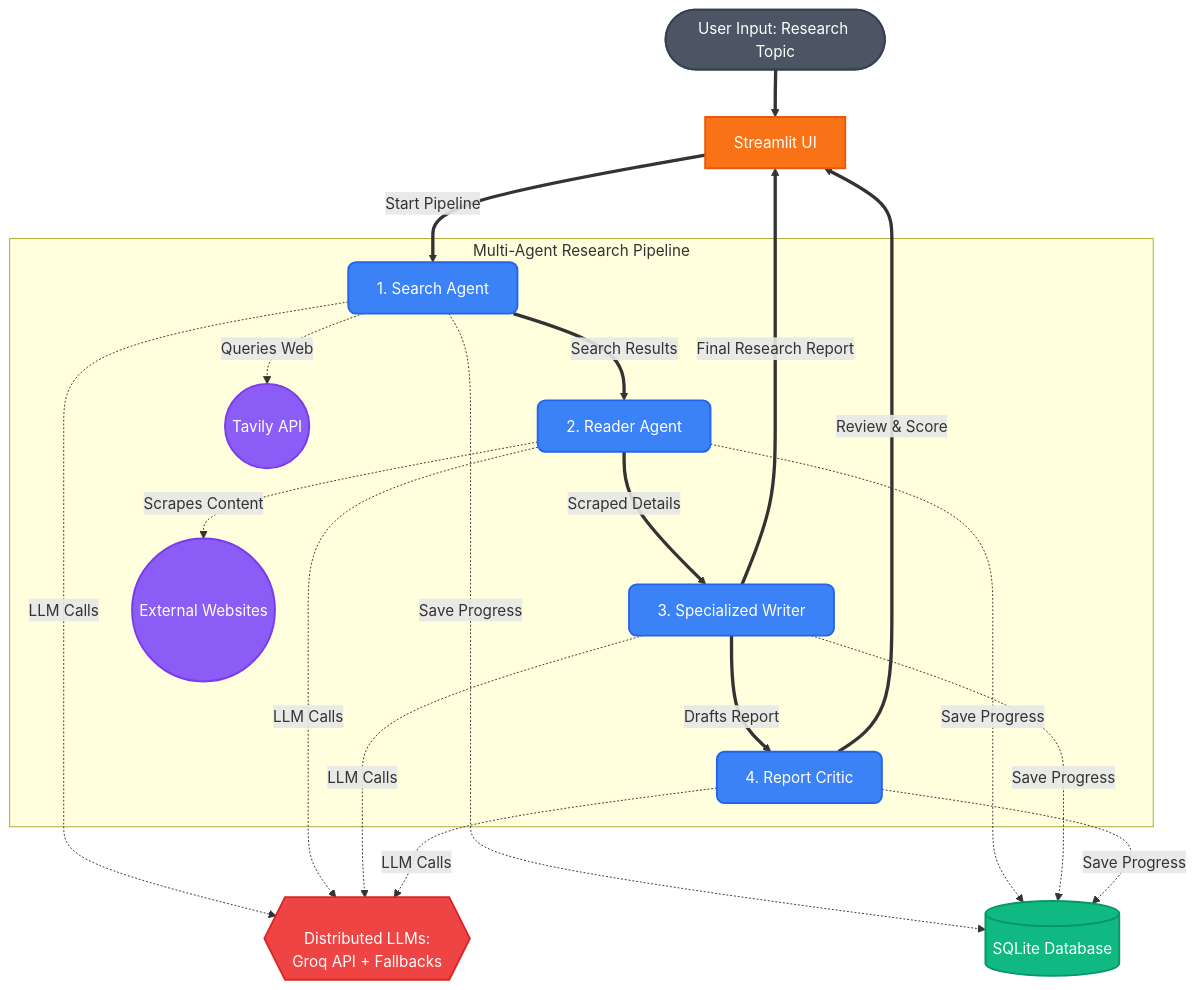
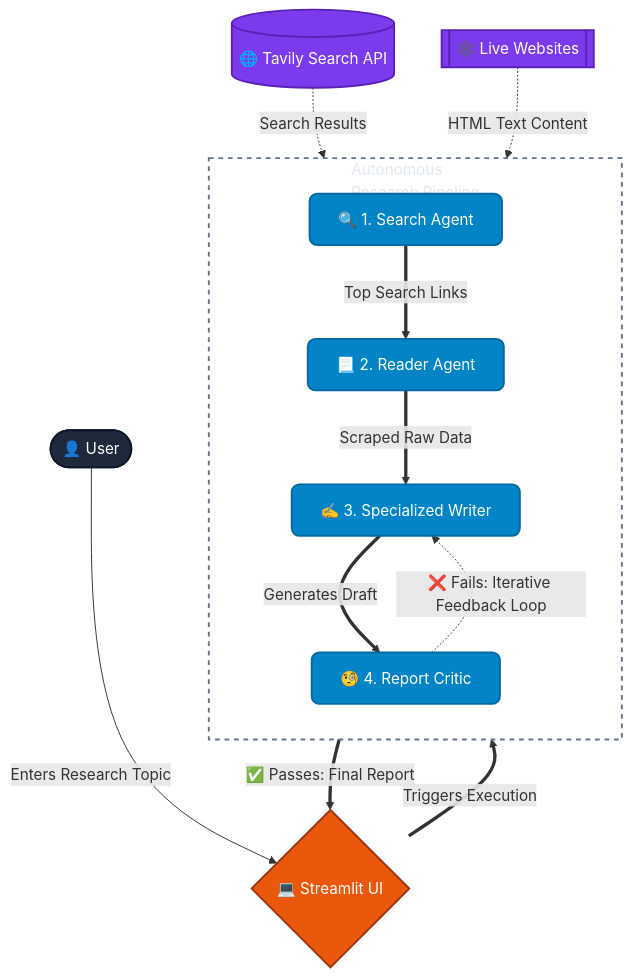
Before and after one commit to Uday-1001/Research-Mind: the diagram in README.md, drawn with Mermaid. The commit also changed other lines of this file and 4 other files, not shown here.

````diff
--- a/README.md
+++ b/README.md
@@ -18,40 +21,42 @@
 ```mermaid
-graph TD
-    User([User Input: Research Topic]) ==> UI[Streamlit UI]
-    UI ==>|Start Pipeline| SA
+flowchart TD
+    classDef user fill:#1e293b,stroke:#0f172a,stroke-width:2px,color:#fff,rx:20,ry:20
+    classDef ui fill:#ea580c,stroke:#9a3412,stroke-width:2px,color:#fff,rx:10,ry:10
+    classDef agent fill:#0284c7,stroke:#0369a1,stroke-width:2px,color:#fff,rx:8,ry:8
+    classDef integration fill:#7c3aed,stroke:#5b21b6,stroke-width:2px,color:#fff
+    classDef container fill:none,stroke:#64748b,stroke-width:2px,stroke-dasharray: 5 5,color:#e2e8f0
     
-    subgraph Multi-Agent Research Pipeline
-        SA[1. Search Agent] ==>|Search Results| RA[2. Reader Agent]
-        SA -. "Queries Web" .-> Tavily((Tavily API))
+    User([👤 User]) -->|Enters Research Topic| UI{💻 Streamlit UI}
+    
+    subgraph MultiAgentPipeline[Autonomous<br/>Research Pipeline]
+        direction TB
         
-        RA ==>|Scraped Details| WC[3. Specialized Writer]
-        RA -. "Scrapes Content" .-> WebSites((External Websites))
+        Search[🔍 1. Search Agent] 
+        Reader[📃 2. Reader Agent]
+        Writer[✍️ 3. Specialized Writer]
+        Critic[🧐 4. Report Critic]
         
-        WC ==>|Drafts Report| CC[4. Report Critic]
+        Search ==>|Top Search Links| Reader
+        Reader ==>|Scraped Raw Data| Writer
+        Writer ==>|Generates Draft| Critic
+        
+        Critic -.->|❌ Fails: Iterative Feedback Loop| Writer
     end
     
-    Engine{{"<br/>Distributed LLMs:<br/>Groq API + Fallbacks<br/>"}}
-    SA -. "LLM Calls" .-> Engine
-    RA -. "LLM Calls" .-> Engine
-    WC -. "LLM Calls" .-> Engine
-    CC -. "LLM Calls" .-> Engine
+    UI ==>|Triggers Execution| Search
+    Critic ==>|✅ Passes: Final Report| UI
     
-    SA -. "Save Progress" .-> DB[(SQLite Database)]
-    RA -. "Save Progress" .-> DB
-    WC -. "Save Progress" .-> DB
-    CC -. "Save Progress" .-> DB
+    %% Integrations
+    Tavily[(🌐 Tavily Search API)]
+    Sites[[🕸️ Live Websites]]
     
-    WC ==>|Final Research Report| UI
-    CC ==>|Review & Score| UI
+    Tavily -.->|Search Results| Search
+    Sites -.->|HTML Text Content| Reader
 
-    style User fill:#4b5563,stroke:#374151,stroke-width:2px,color:#fff
-    style UI fill:#f97316,stroke:#ea580c,stroke-width:2px,color:#fff
-    style SA fill:#3b82f6,stroke:#2563eb,stroke-width:2px,color:#fff,rx:8,ry:8
-    style RA fill:#3b82f6,stroke:#2563eb,stroke-width:2px,color:#fff,rx:8,ry:8
-    style WC fill:#3b82f6,stroke:#2563eb,stroke-width:2px,color:#fff,rx:8,ry:8
-    style CC fill:#3b82f6,stroke:#2563eb,stroke-width:2px,color:#fff,rx:8,ry:8
-    style Tavily fill:#8b5cf6,stroke:#7c3aed,stroke-width:2px,color:#fff
-    style WebSites fill:#8b5cf6,stroke:#7c3aed,stroke-width:2px,color:#fff
-    style DB fill:#10b981,stroke:#059669,stroke-width:2px,color:#fff
-    style Engine fill:#ef4444,stroke:#dc2626,stroke-width:2px,color:#fff
+    %% Apply Classes
+    class User user
+    class UI ui
+    class Search,Reader,Writer,Critic agent
+    class Tavily,Sites integration
+    class MultiAgentPipeline container
 ```
````
